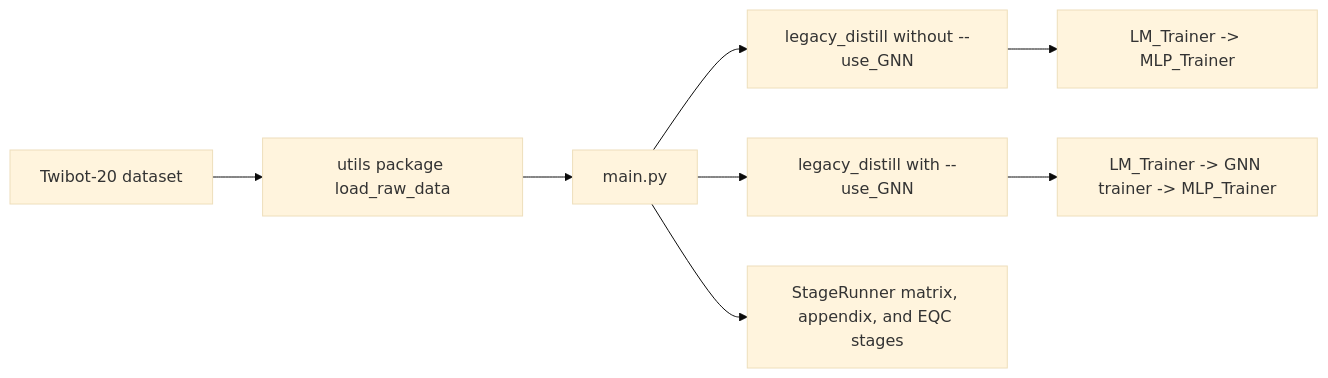
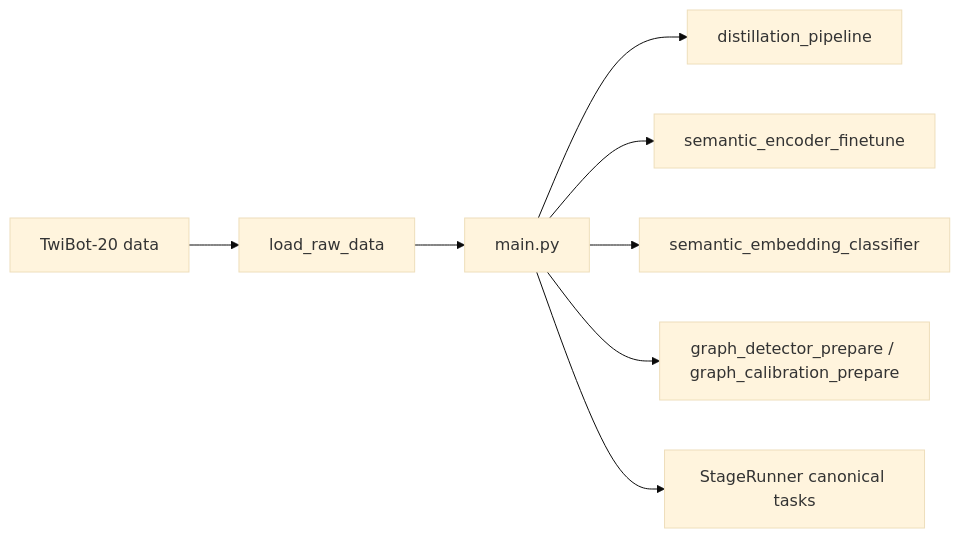
Before and after one commit to Pineapplee01/LLMbot: the diagram in docs/ARCHITECTURE.md, drawn with Mermaid (base theme). The commit also changed other lines of this file and 107 other files, not shown here.

````diff
--- a/docs/ARCHITECTURE.md
+++ b/docs/ARCHITECTURE.md
@@ -17,10 +632,10 @@
 ```mermaid
 graph LR
-    A["Twibot-20 dataset"] --> B["utils package load_raw_data"]
+    A["TwiBot-20 data"] --> B["load_raw_data"]
     B --> C["main.py"]
-    C --> D["legacy_distill without --use_GNN"]
-    C --> E["legacy_distill with --use_GNN"]
-    D --> F["LM_Trainer -> MLP_Trainer"]
-    E --> G["LM_Trainer -> GNN trainer -> MLP_Trainer"]
-    C --> H["StageRunner matrix, appendix, and EQC stages"]
+    C --> D["distillation_pipeline"]
+    C --> E["semantic_encoder_finetune"]
+    C --> E2["semantic_embedding_classifier"]
+    C --> F["graph_detector_prepare / graph_calibration_prepare"]
+    C --> G["StageRunner canonical tasks"]
 ```
````
